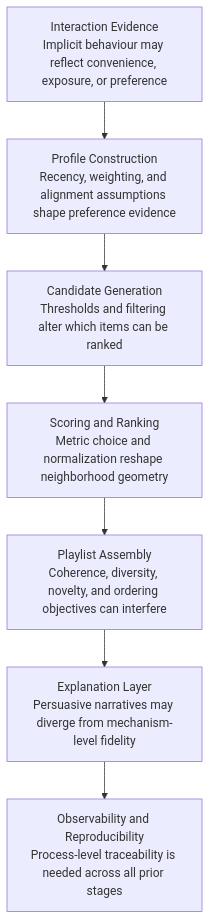
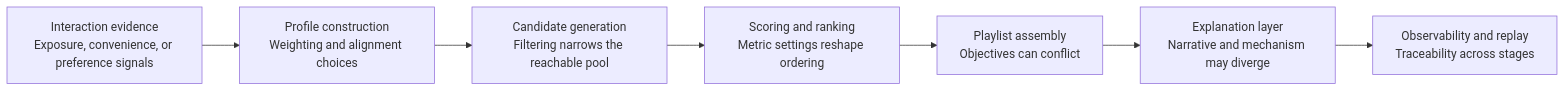
Before and after one commit to peachyplayzrb/thesis: the diagram in 08_writing/figures/sources/figure_2_2_uncertainty_stages.mmd, drawn with Mermaid. The commit also changed 17 other files, not shown here.

Commit message:
Harden thesis figure rendering and Word audit gate

```diff
--- a/08_writing/figures/sources/figure_2_2_uncertainty_stages.mmd
+++ b/08_writing/figures/sources/figure_2_2_uncertainty_stages.mmd
@@ -1,10 +1,10 @@
-flowchart TD
-  A["Interaction Evidence<br/>Implicit behaviour may reflect convenience, exposure, or preference"]
-  B["Profile Construction<br/>Recency, weighting, and alignment assumptions shape preference evidence"]
-  C["Candidate Generation<br/>Thresholds and filtering alter which items can be ranked"]
-  D["Scoring and Ranking<br/>Metric choice and normalization reshape neighborhood geometry"]
-  E["Playlist Assembly<br/>Coherence, diversity, novelty, and ordering objectives can interfere"]
-  F["Explanation Layer<br/>Persuasive narratives may diverge from mechanism-level fidelity"]
-  G["Observability and Reproducibility<br/>Process-level traceability is needed across all prior stages"]
+flowchart LR
+  A["Interaction evidence<br/>Exposure, convenience, or preference signals"]
+  B["Profile construction<br/>Weighting and alignment choices"]
+  C["Candidate generation<br/>Filtering narrows the reachable pool"]
+  D["Scoring and ranking<br/>Metric settings reshape ordering"]
+  E["Playlist assembly<br/>Objectives can conflict"]
+  F["Explanation layer<br/>Narrative and mechanism may diverge"]
+  G["Observability and replay<br/>Traceability across stages"]
 
   A --> B --> C --> D --> E --> F --> G
```
